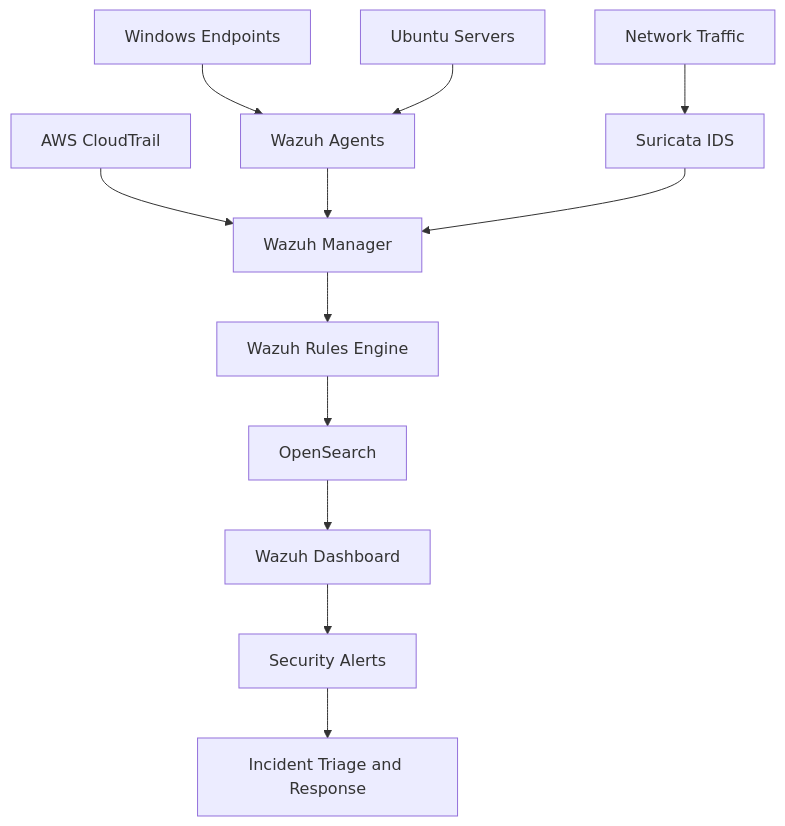
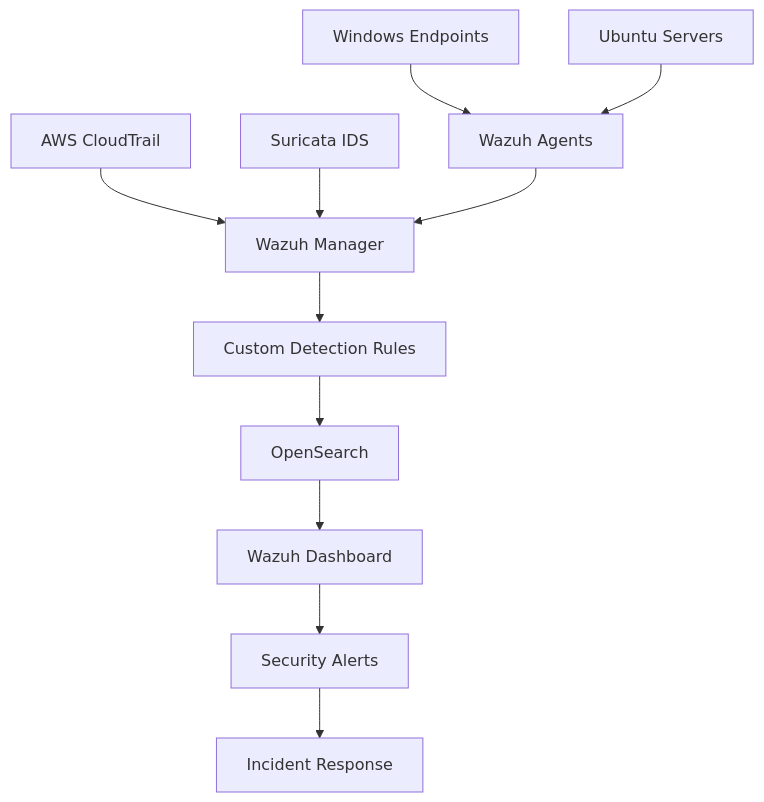
Before and after one commit to getmebayo/expadox-lab-portfolio: the first of 2 diagrams in 01-fireops-monitoring-environment/README.md, drawn with Mermaid. The commit also changed other lines of this file, not shown here.

````diff
--- a/01-fireops-monitoring-environment/README.md
+++ b/01-fireops-monitoring-environment/README.md
@@ -133,21 +57,26 @@
 ```mermaid
 flowchart TD
-    A[Windows Endpoints]
-    B[Ubuntu Servers]
-    C[AWS CloudTrail]
-    D[Network Traffic]
 
-    A --> E[Wazuh Agents]
-    B --> E
-    C --> F[Wazuh Manager]
-    D --> G[Suricata IDS]
+A[Windows Endpoints]
+B[Ubuntu Servers]
+C[AWS CloudTrail]
+D[Suricata IDS]
 
-    E --> F
-    G --> F
+A --> E[Wazuh Agents]
+B --> E
 
-    F --> H[Wazuh Rules Engine]
-    H --> I[OpenSearch]
-    I --> J[Wazuh Dashboard]
-    J --> K[Security Alerts]
-    K --> L[Incident Triage and Response]
+C --> F[Wazuh Manager]
+D --> F
+
+E --> F
+
+F --> G[Custom Detection Rules]
+
+G --> H[OpenSearch]
+
+H --> I[Wazuh Dashboard]
+
+I --> J[Security Alerts]
+
+J --> K[Incident Response]
 ```
````
